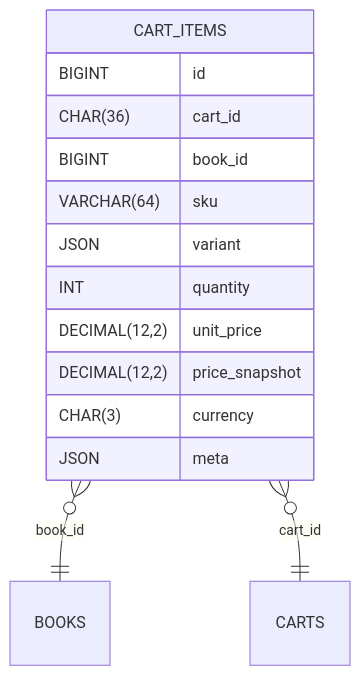
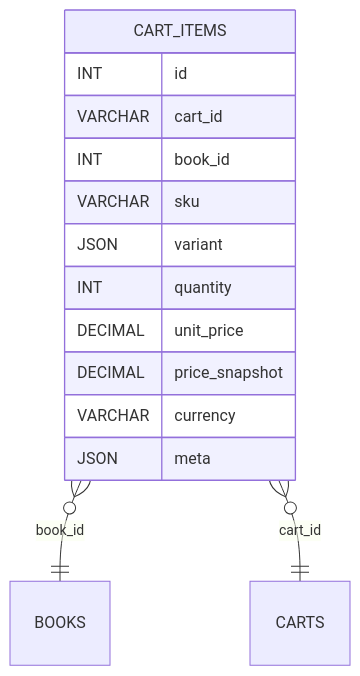
The diagram in README.md (blackcatdatabase/table-cart-items), drawn with Mermaid before and after one commit. The commit also changed other lines of this file, not shown here.

Commit message:
chore(schema): add/update generated schema + README (umbrella sync)

````diff
--- a/README.md
+++ b/README.md
@@ -55,17 +55,17 @@
 ```mermaid
 erDiagram
   CART_ITEMS {
-    BIGINT id
-    CHAR(36) cart_id
-    BIGINT book_id
-    VARCHAR(64) sku
+    INT id
+    VARCHAR cart_id
+    INT book_id
+    VARCHAR sku
     JSON variant
     INT quantity
-    DECIMAL(12,2) unit_price
-    DECIMAL(12,2) price_snapshot
-    CHAR(3) currency
+    DECIMAL unit_price
+    DECIMAL price_snapshot
+    VARCHAR currency
     JSON meta
   }
   CART_ITEMS }o--|| BOOKS : "book_id"
   CART_ITEMS }o--|| CARTS : "cart_id"
 ```
````
